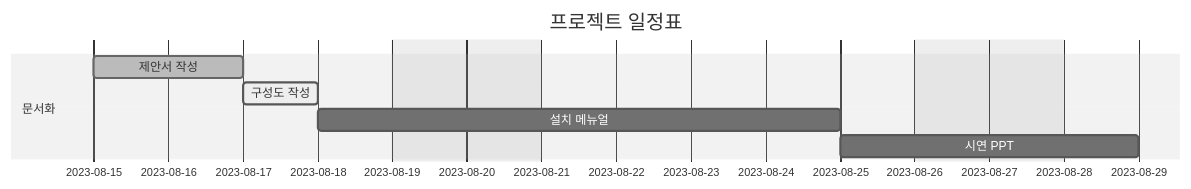
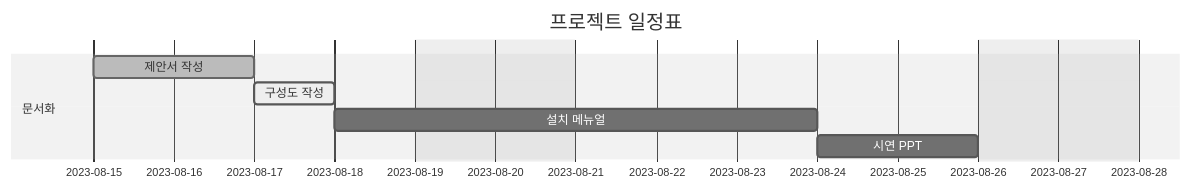
One commit to LOFL404/project1 changed the diagram in README.md. Above: the diagram before and after it, drawn with Mermaid (neutral theme).

````diff
--- a/README.md
+++ b/README.md
@@ -1,16 +1,16 @@
 ```mermaid
 gantt
     dateFormat  YYYY-MM-DD
     axisFormat  %Y-%m-%d
     title       프로젝트 일정표
     excludes    weekends saturday,sunday
     
     section 문서화
     제안서 작성     :done,    a, 2023-08-15, 2d
     구성도 작성     :active,    b, 2023-08-17, 1d
-    설치 메뉴얼     :c, after b, 5d
+    설치 메뉴얼     :c, after b, 4d
     시연 PPT        :after c, 2d
 
     section 구현
     
 ```
````
